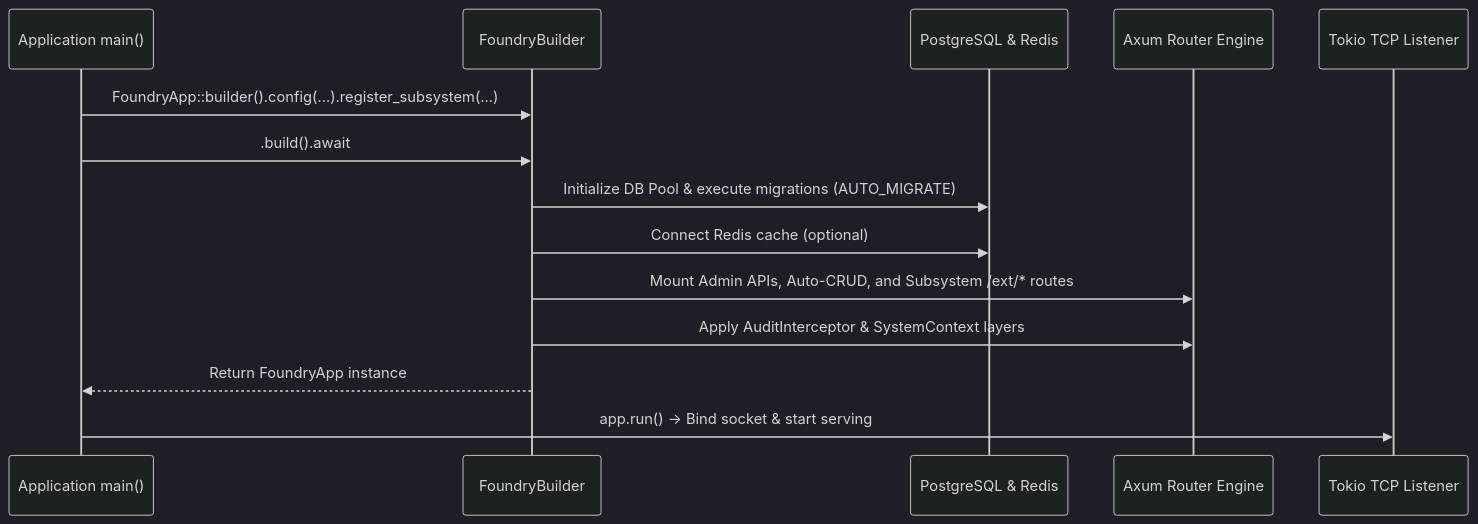
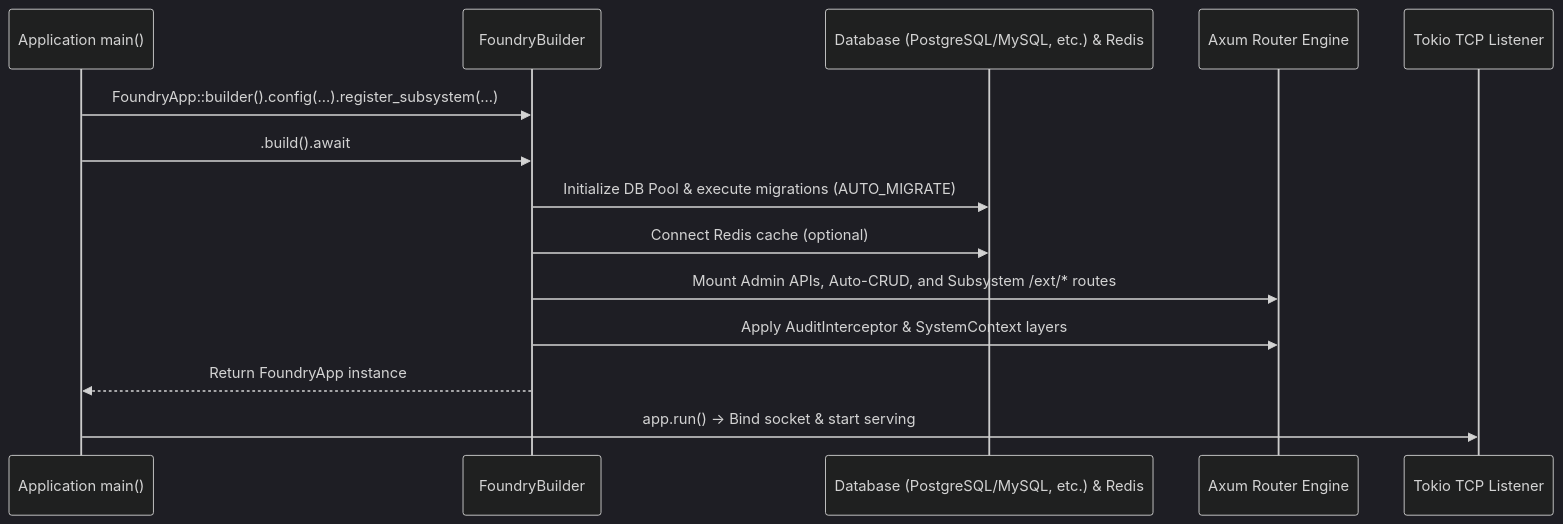
The second of 2 diagrams in docs/src/content/docs/architecture/blueprint.md (FoundKit/foundry), drawn with Mermaid (dark theme) before and after one commit. The commit also changed other lines of this file and 17 other files, not shown here.

````diff
--- a/docs/src/content/docs/architecture/blueprint.md
+++ b/docs/src/content/docs/architecture/blueprint.md
@@ -113,17 +113,17 @@
 ```mermaid
 sequenceDiagram
     participant Main as Application main()
     participant Builder as FoundryBuilder
-    participant DB as PostgreSQL & Redis
+    participant DB as Database (PostgreSQL/MySQL, etc.) & Redis
     participant Engine as Axum Router Engine
     participant Listener as Tokio TCP Listener
 
     Main->>Builder: FoundryApp::builder().config(...).register_subsystem(...)
     Main->>Builder: .build().await
     Builder->>DB: Initialize DB Pool & execute migrations (AUTO_MIGRATE)
     Builder->>DB: Connect Redis cache (optional)
     Builder->>Engine: Mount Admin APIs, Auto-CRUD, and Subsystem /ext/* routes
     Builder->>Engine: Apply AuditInterceptor & SystemContext layers
     Builder-->>Main: Return FoundryApp instance
     Main->>Listener: app.run() -> Bind socket & start serving
 ```
````
